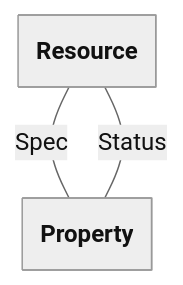
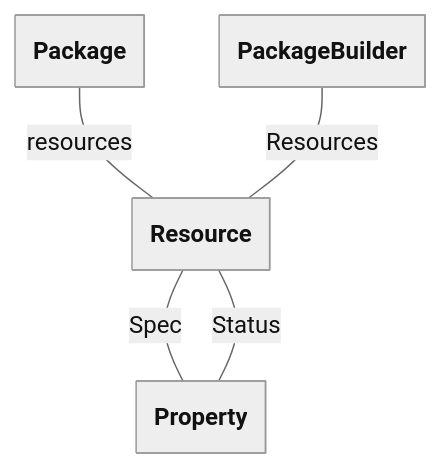
Diagram 13 of 17 in docs/model/model.md (theunrepentantgeek/crddoc), drawn with Mermaid (neutral theme) before and after one commit. The commit also changed other lines of this file and 8 other files, not shown here.

````diff
--- a/docs/model/model.md
+++ b/docs/model/model.md
@@ -486,17 +710,21 @@
 ```mermaid
 ---
   config:
     class:
       hideEmptyMembersBox: true
 ---
 classDiagram
 
 class Resource["Resource"]
+Package -- Resource : resources 
+PackageBuilder -- Resource : Resources 
 
 Resource -- Property : Spec 
 Resource -- Property : Status 
 
+class Package["Package"]
+class PackageBuilder["PackageBuilder"]
 class Property["Property"]
 class Property["Property"]
 
 ```
````
